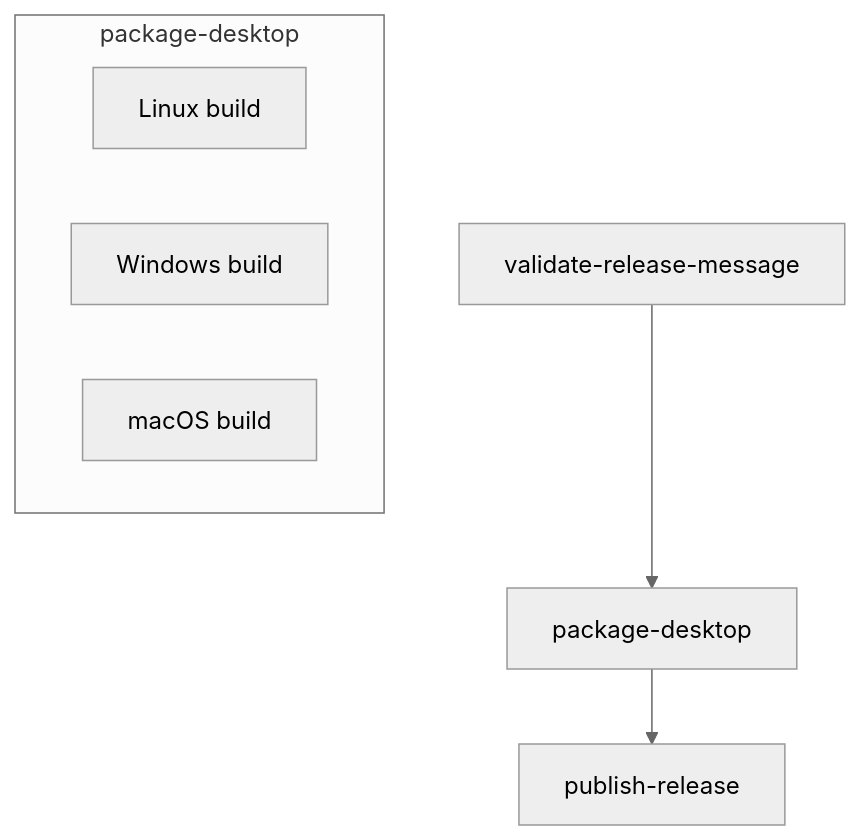
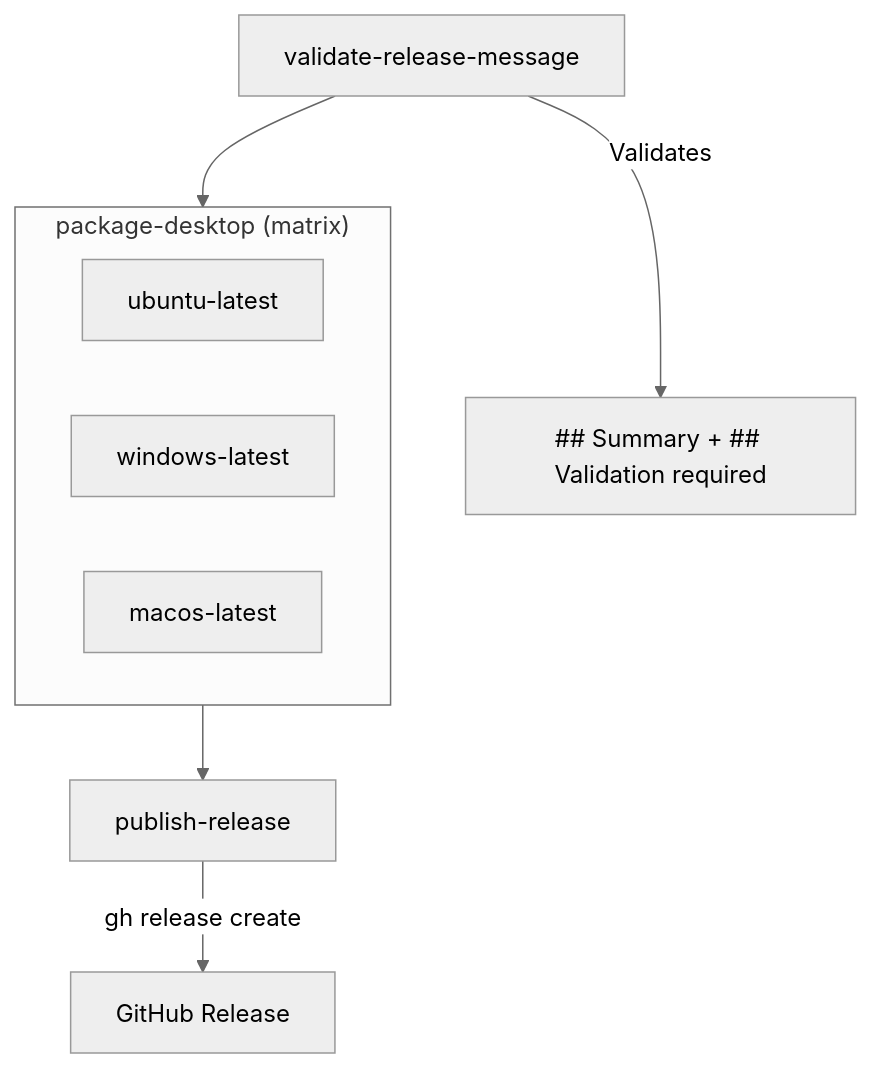
Before and after one commit to bradAGI/Orchestra: the second of 2 diagrams in docs/operations/ci-cd.md, drawn with Mermaid (neutral theme). The commit also changed other lines of this file and 12 other files, not shown here.

````diff
--- a/docs/operations/ci-cd.md
+++ b/docs/operations/ci-cd.md
@@ -106,11 +99,15 @@
 ```mermaid
 flowchart TD
-    V[validate-release-message] --> P[package-desktop]
-    P --> R[publish-release]
+    VR[validate-release-message] --> PD[package-desktop]
+    PD --> PUB[publish-release]
 
-    subgraph package-desktop
-        L[Linux build]
-        W[Windows build]
-        M[macOS build]
+    VR -->|"Validates"| NOTES["## Summary + ## Validation required"]
+
+    subgraph PD["package-desktop (matrix)"]
+        LINUX[ubuntu-latest]
+        WIN[windows-latest]
+        MAC[macos-latest]
     end
+
+    PUB -->|"gh release create"| GH[GitHub Release]
 ```
````
